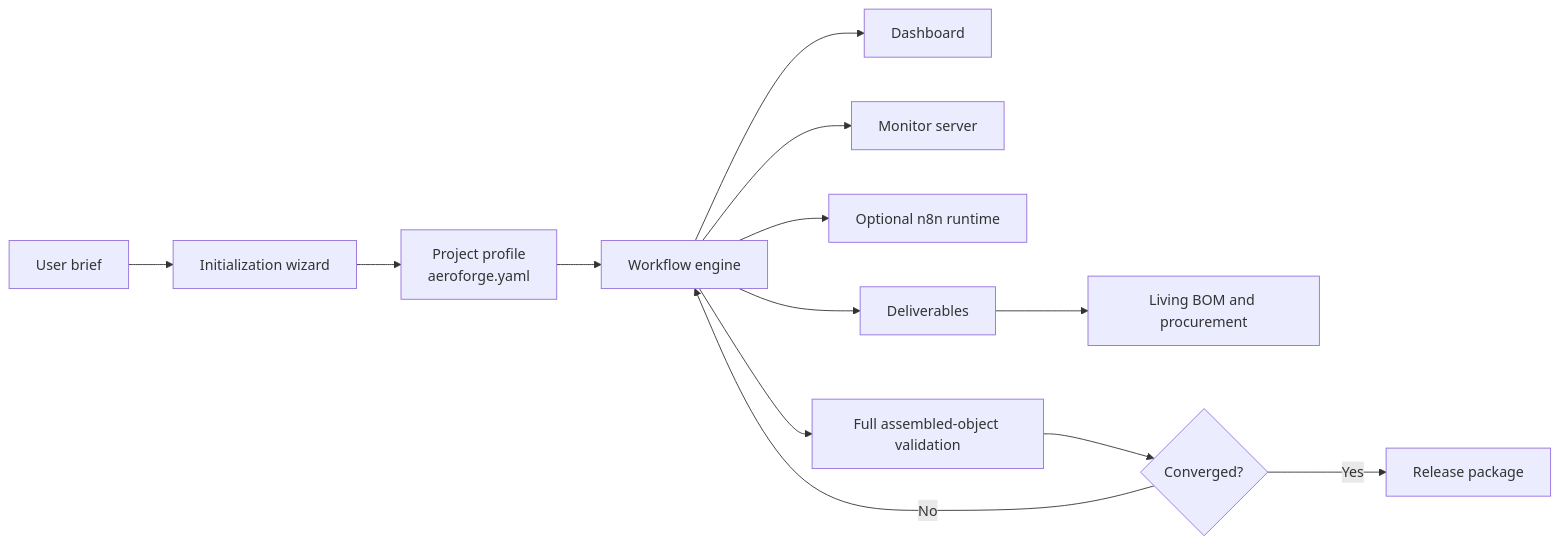
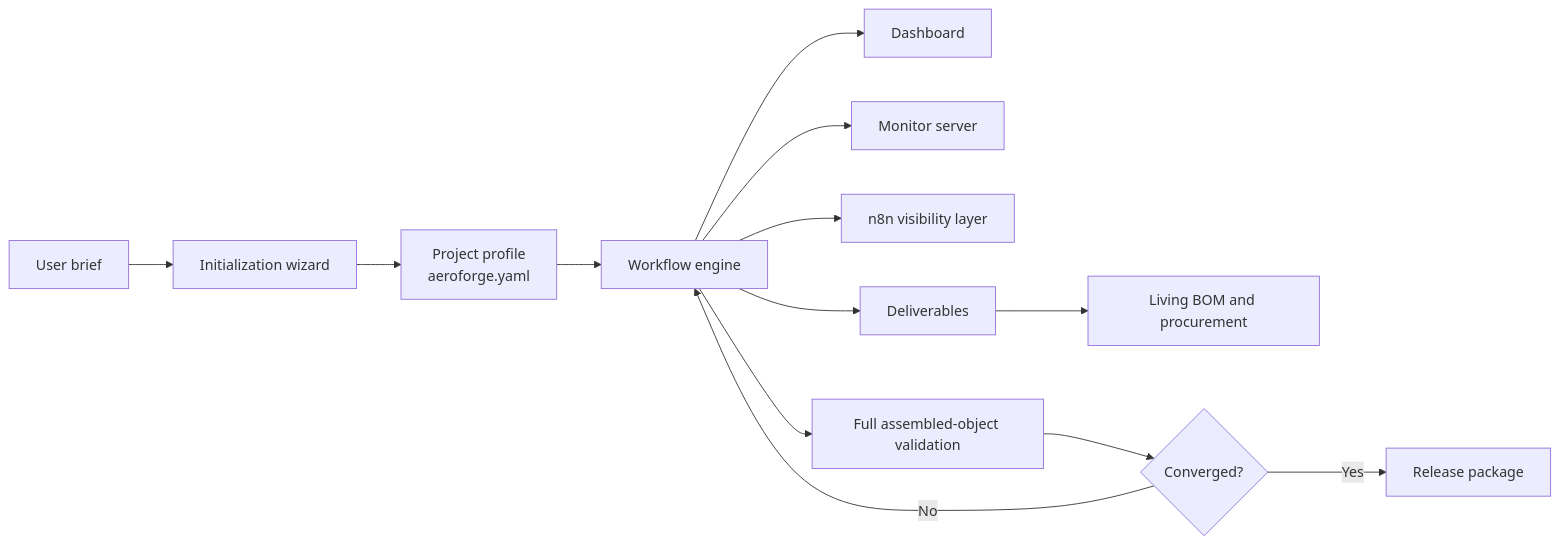
One commit to ipanov/aeroforge changed the diagram in README.md. Above: the diagram before and after it, drawn with Mermaid. The commit also changed other lines of this file and 23 other files, not shown here.

````diff
--- a/README.md
+++ b/README.md
@@ -18,15 +18,15 @@
 ```mermaid
 flowchart LR
     A[User brief] --> B[Initialization wizard]
     B --> C[Project profile<br/>aeroforge.yaml]
     C --> D[Workflow engine]
     D --> E[Dashboard]
     D --> F[Monitor server]
-    D --> G[Optional n8n runtime]
+    D --> G[n8n visibility layer]
     D --> H[Deliverables]
     H --> I[Living BOM and procurement]
     D --> J[Full assembled-object validation]
     J --> K{Converged?}
     K -- No --> D
     K -- Yes --> L[Release package]
 ```
````
